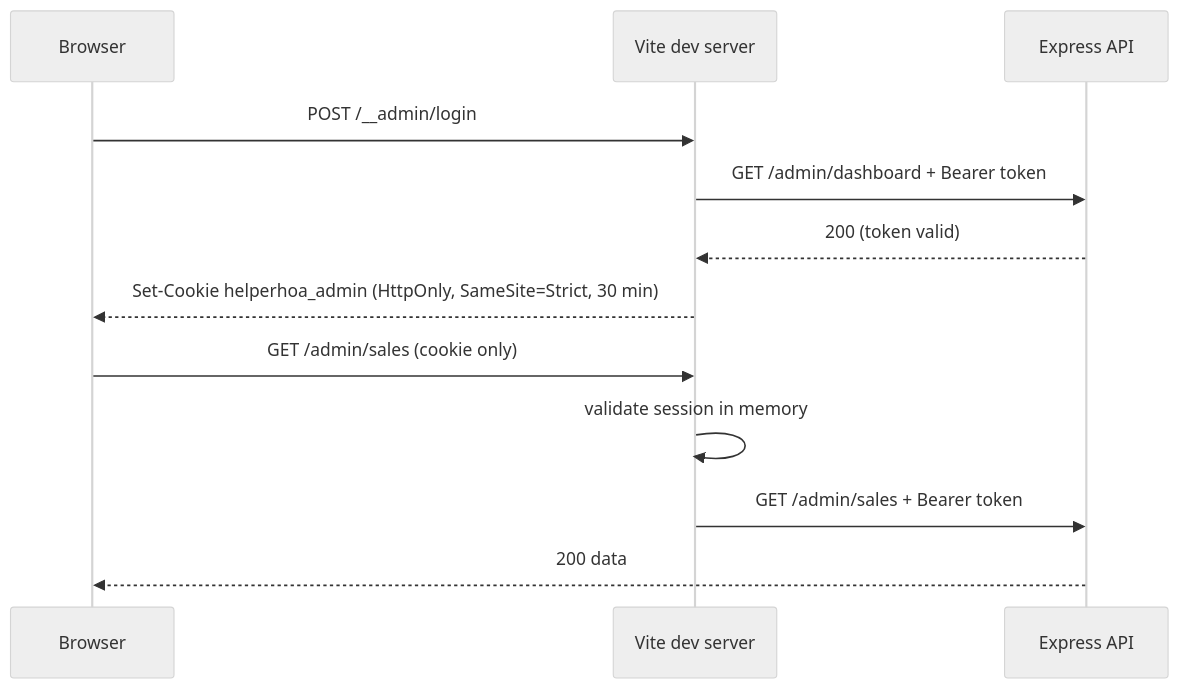
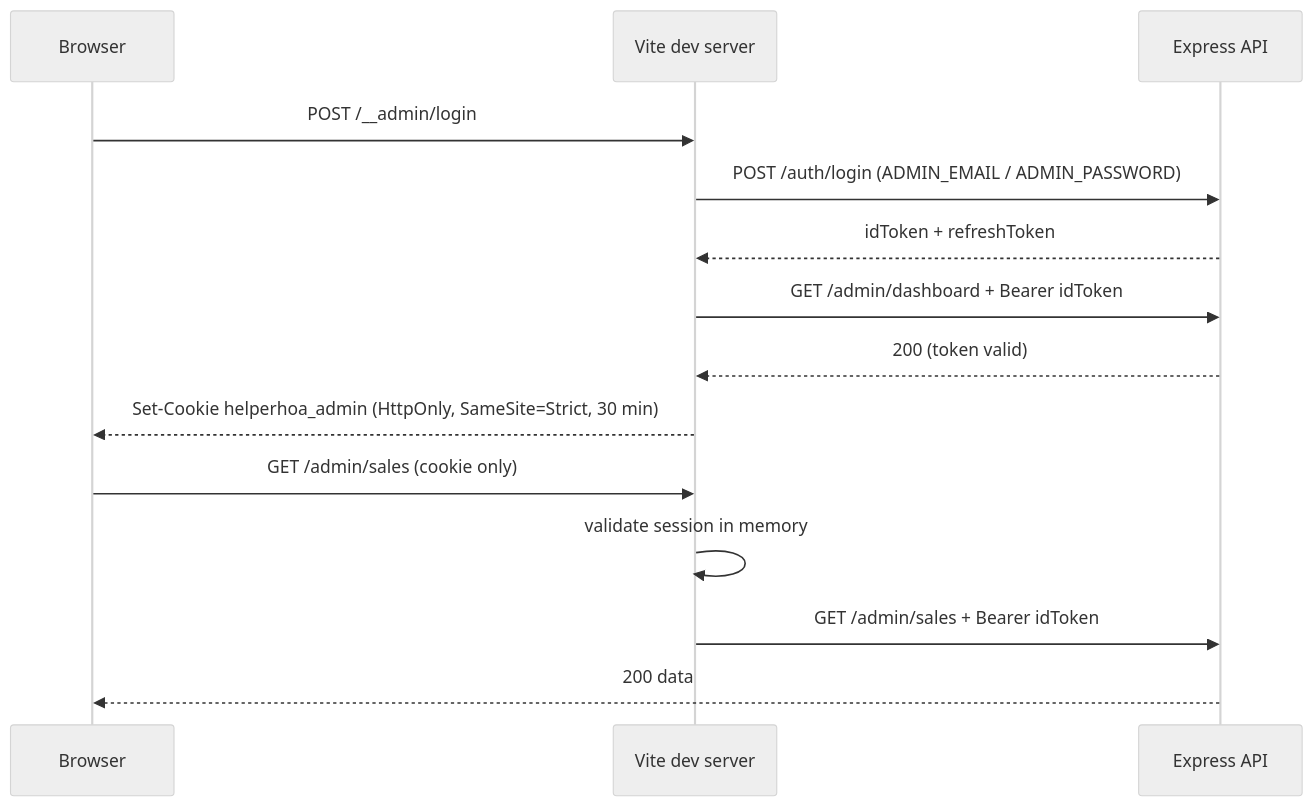
One commit to UOA-CS734-S2-2026/project-implementation-helper-hoa changed the third of 9 diagrams in architecture.md. Above: the diagram before and after it, drawn with Mermaid (neutral theme). The commit also changed other lines of this file and 16 other files, not shown here.

````diff
--- a/architecture.md
+++ b/architecture.md
@@ -96,15 +96,17 @@
 ```mermaid
 sequenceDiagram
     participant BR as Browser
     participant V as Vite dev server
     participant API as Express API
 
     BR->>V: POST /__admin/login
-    V->>API: GET /admin/dashboard + Bearer token
+    V->>API: POST /auth/login (ADMIN_EMAIL / ADMIN_PASSWORD)
+    API-->>V: idToken + refreshToken
+    V->>API: GET /admin/dashboard + Bearer idToken
     API-->>V: 200 (token valid)
     V-->>BR: Set-Cookie helperhoa_admin (HttpOnly, SameSite=Strict, 30 min)
     BR->>V: GET /admin/sales (cookie only)
     V->>V: validate session in memory
-    V->>API: GET /admin/sales + Bearer token
+    V->>API: GET /admin/sales + Bearer idToken
     API-->>BR: 200 data
 ```
````
